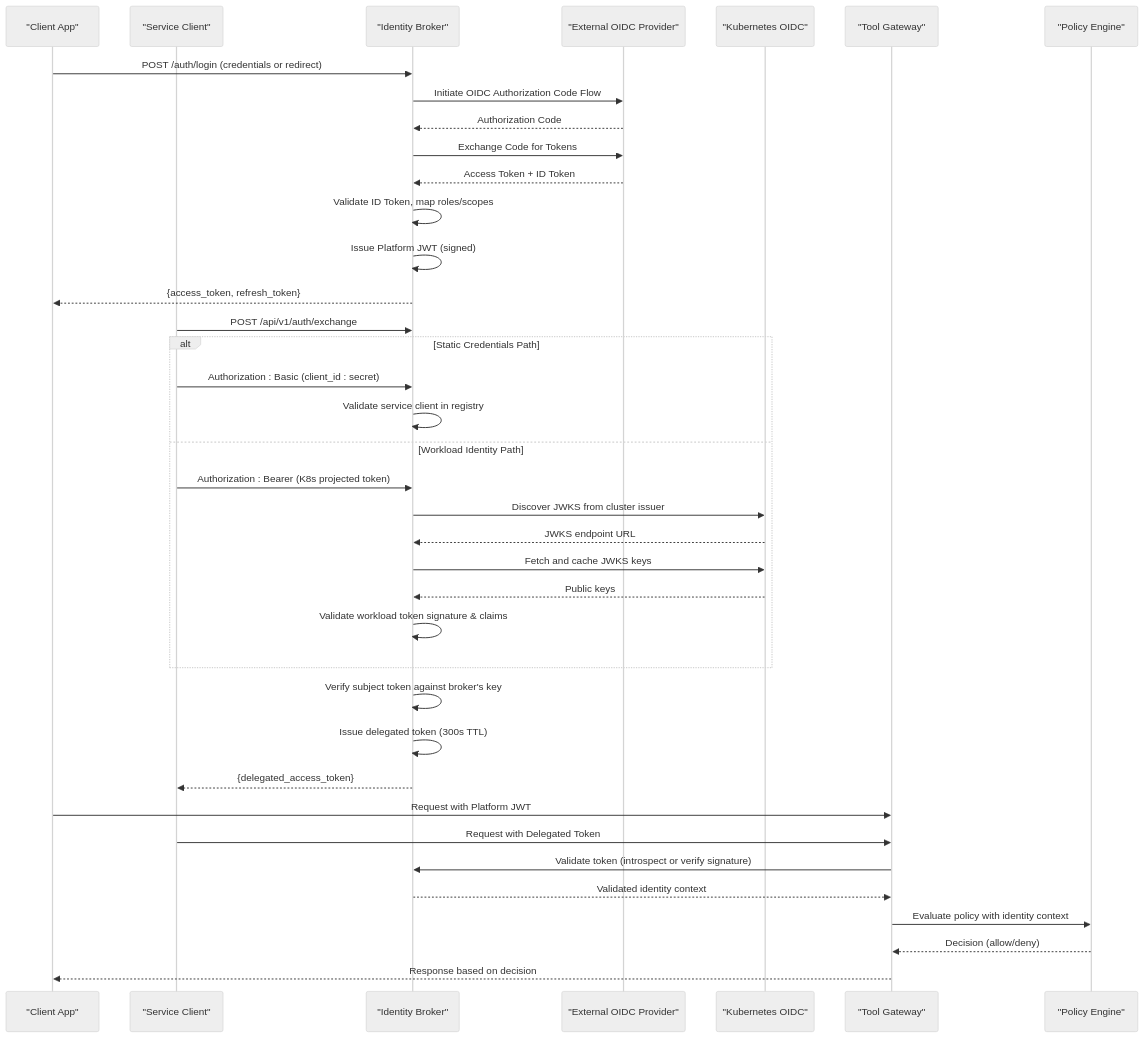
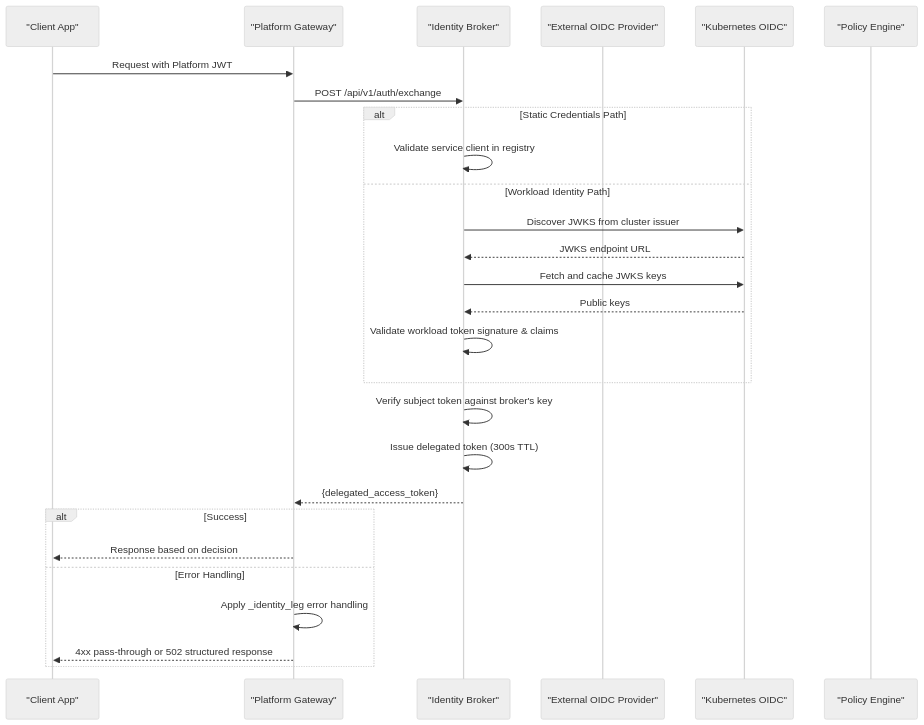
The second of 10 diagrams in .qoder/repowiki/en/content/Identity Broker Service/Identity Broker Service.md (metasync/luban-aiops), drawn with Mermaid (neutral theme) before and after one commit. The commit also changed other lines of this file and 5 other files, not shown here.

Commit message:
docs: refresh repowiki for v0.27.2 gateway and portal surfaces

````diff
--- a/.qoder/repowiki/en/content/Identity Broker Service/Identity Broker Service.md
+++ b/.qoder/repowiki/en/content/Identity Broker Service/Identity Broker Service.md
@@ -173,40 +181,29 @@
 ```mermaid
 sequenceDiagram
 participant Client as "Client App"
-participant Service as "Service Client"
+participant GW as "Platform Gateway"
 participant IB as "Identity Broker"
 participant OIDC as "External OIDC Provider"
 participant K8S as "Kubernetes OIDC"
-participant GW as "Tool Gateway"
 participant POL as "Policy Engine"
-Client->>IB : POST /auth/login (credentials or redirect)
-IB->>OIDC : Initiate OIDC Authorization Code Flow
-OIDC-->>IB : Authorization Code
-IB->>OIDC : Exchange Code for Tokens
-OIDC-->>IB : Access Token + ID Token
-IB->>IB : Validate ID Token, map roles/scopes
-IB->>IB : Issue Platform JWT (signed)
-IB-->>Client : {access_token, refresh_token}
-Service->>IB : POST /api/v1/auth/exchange
+Client->>GW : Request with Platform JWT
+GW->>IB : POST /api/v1/auth/exchange
 alt Static Credentials Path
-Service->>IB : Authorization : Basic (client_id : secret)
 IB->>IB : Validate service client in registry
 else Workload Identity Path
-Service->>IB : Authorization : Bearer (K8s projected token)
 IB->>K8S : Discover JWKS from cluster issuer
 K8S-->>IB : JWKS endpoint URL
 IB->>K8S : Fetch and cache JWKS keys
 K8S-->>IB : Public keys
 IB->>IB : Validate workload token signature & claims
 end
 IB->>IB : Verify subject token against broker's key
 IB->>IB : Issue delegated token (300s TTL)
-IB-->>Service : {delegated_access_token}
-Client->>GW : Request with Platform JWT
-Service->>GW : Request with Delegated Token
-GW->>IB : Validate token (introspect or verify signature)
-IB-->>GW : Validated identity context
-GW->>POL : Evaluate policy with identity context
-POL-->>GW : Decision (allow/deny)
+IB-->>GW : {delegated_access_token}
+alt Success
 GW-->>Client : Response based on decision
+else Error Handling
+GW->>GW : Apply _identity_leg error handling
+GW-->>Client : 4xx pass-through or 502 structured response
+end
 ```
````
